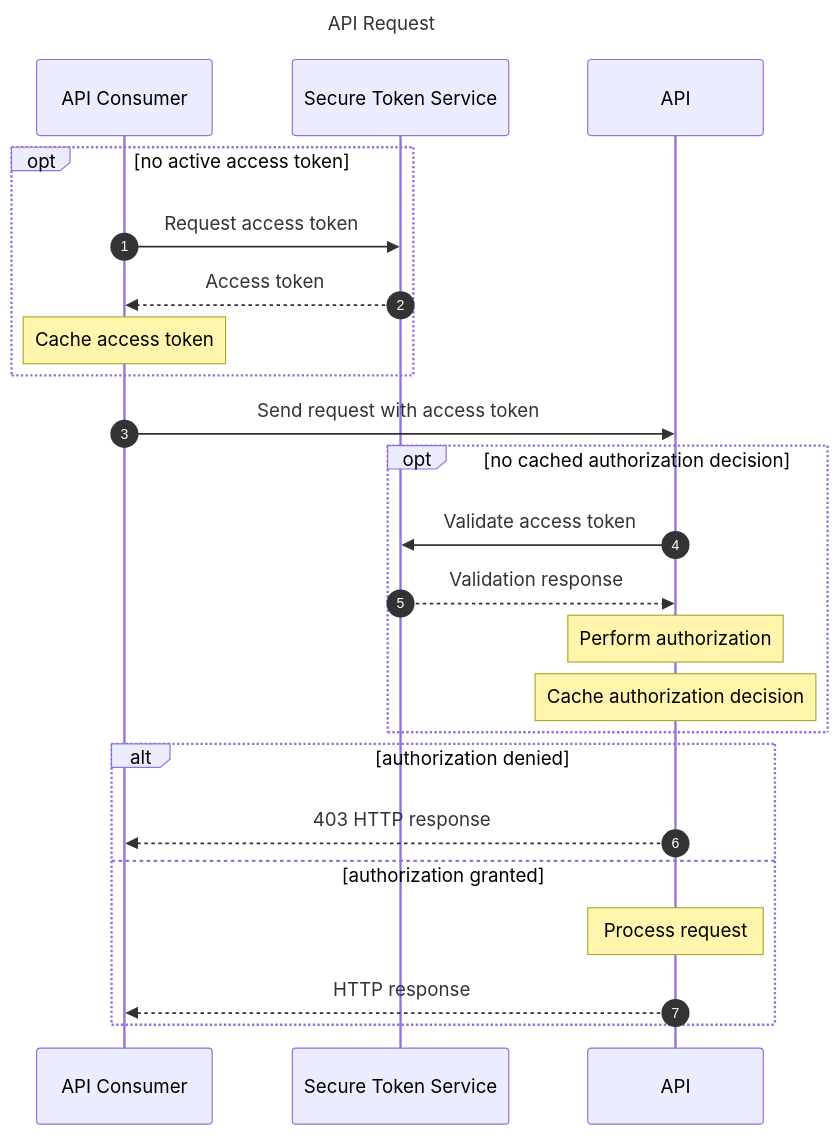
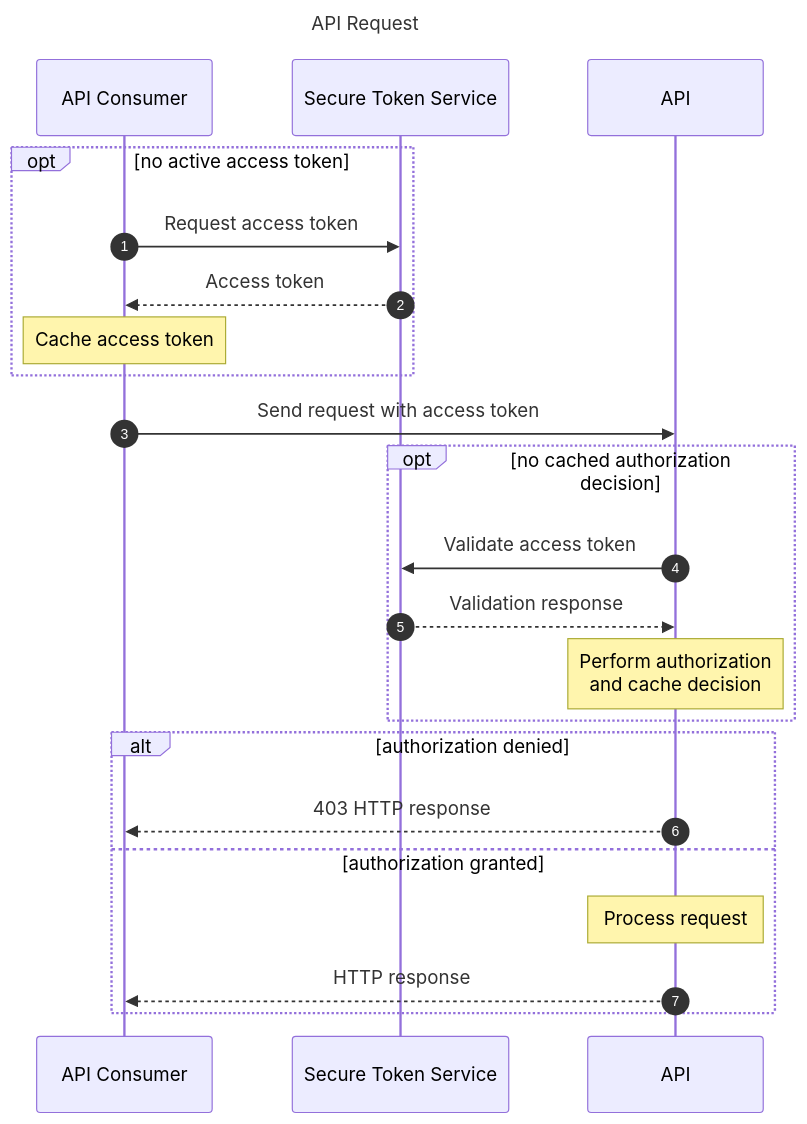
The first of 13 diagrams in mermaid/markdown/diagrams.template.md (tramaine-codes/visualization-playground), drawn with Mermaid before and after one commit. The commit also changed 3 other files, not shown here.

````diff
--- a/mermaid/markdown/diagrams.template.md
+++ b/mermaid/markdown/diagrams.template.md
@@ -7,25 +7,24 @@
 ```mermaid
 ---
 title: API Request
 ---
 sequenceDiagram
   autonumber
   opt no active access token
     API Consumer->>Secure Token Service: Request access token
     Secure Token Service-->>API Consumer: Access token
     Note over API Consumer: Cache access token
   end
   API Consumer->>API: Send request with access token
   opt no cached authorization decision
     API->>Secure Token Service: Validate access token
     Secure Token Service-->>API: Validation response
-    Note over API: Perform authorization
-    Note over API: Cache authorization decision
+    Note over API: Perform authorization<br />and cache decision
   end
   alt authorization denied
     API-->>API Consumer: 403 HTTP response
   else authorization granted
     Note over API: Process request
     API-->>API Consumer: HTTP response
   end
 ```
````
